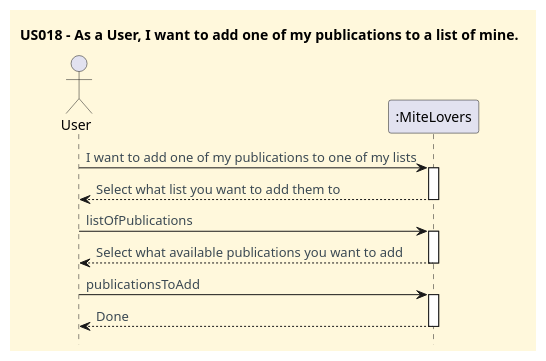
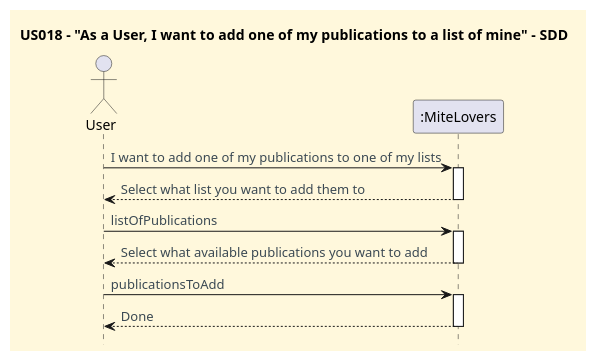
The diagram in docs/userStories/US018/US018_add_mypublication_to_mylist_SSD.puml (CarolinaLeite-collab/JavaMarketplacePlatform), drawn with PlantUML before and after one commit. The commit also changed 2 other files, not shown here.

Commit message:
docs(US018): update SD, SSD and CD diagrams for DDD reengineering of AddPublicationToList (#363)

```diff
--- a/docs/userStories/US018/US018_add_mypublication_to_mylist_SSD.puml
+++ b/docs/userStories/US018/US018_add_mypublication_to_mylist_SSD.puml
@@ -1,33 +1,33 @@
 @startuml
 'https://plantuml.com/sequence-diagram
 hide footbox
-title US018 - As a User, I want to add one of my publications to a list of mine.
+title US018 - "As a User, I want to add one of my publications to a list of mine" - SDD
 
 '==== basic style ====
 skinparam monochrome false
 skinparam shadowing false
 skinparam defaultFontName Futura
 skinparam objectFontSize 20
 skinparam backgroundColor CornSilk
 skinparam objectBackgroundColor WhiteSmoke
 skinparam noteBackgroundColor #FFFFE0
 skinparam ArrowFontColor #3B4953
 skinparam ActivationBackgroundColor black
 
 actor User
 participant ":MiteLovers" as System
 
 User -> System : I want to add one of my publications to one of my lists
 activate "System"
 System --> User : Select what list you want to add them to
 deactivate System
 User -> System : listOfPublications
 activate System
 System --> User : Select what available publications you want to add
 deactivate System
 User -> System : publicationsToAdd
 activate System
 System --> User : Done
 deactivate "System"
 
 @enduml
```
